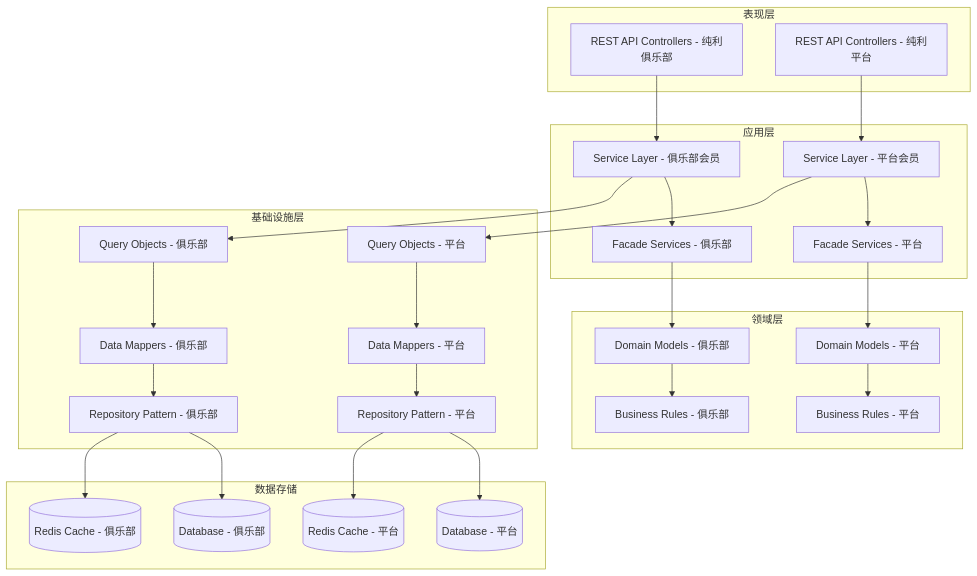
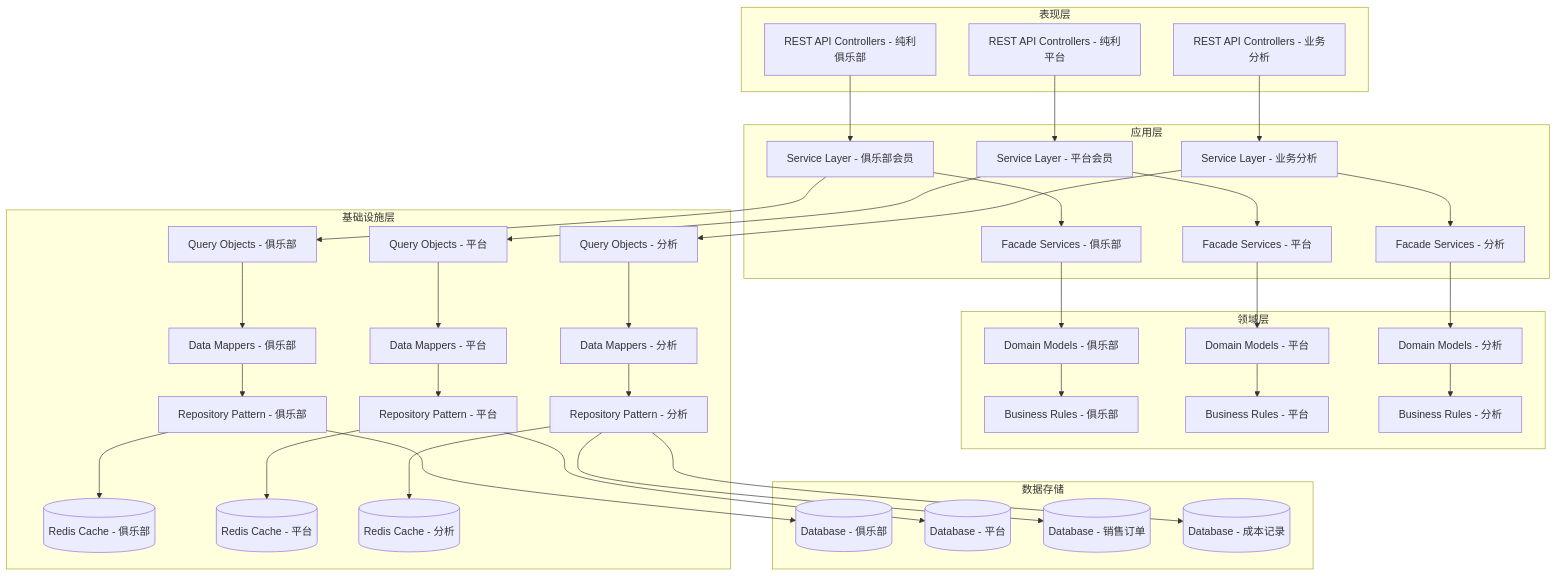
Before and after one commit to rc558620/purelyprofit-server: the second of 17 diagrams in .qoder/repowiki/zh/content/业务模块/会员管理模块/会员管理模块.md, drawn with Mermaid. The commit also changed other lines of this file and 16 other files, not shown here.

````diff
--- a/.qoder/repowiki/zh/content/业务模块/会员管理模块/会员管理模块.md
+++ b/.qoder/repowiki/zh/content/业务模块/会员管理模块/会员管理模块.md
@@ -202,51 +251,72 @@
 ```mermaid
 graph TB
 subgraph "表现层"
 API1[REST API Controllers - 纯利俱乐部]
 API2[REST API Controllers - 纯利平台]
+API3[REST API Controllers - 业务分析]
 end
 subgraph "应用层"
 SVC1[Service Layer - 俱乐部会员]
 SVC2[Service Layer - 平台会员]
+SVC3[Service Layer - 业务分析]
 FAC1[Facade Services - 俱乐部]
 FAC2[Facade Services - 平台]
+FAC3[Facade Services - 分析]
 end
 subgraph "领域层"
 DOMAIN1[Domain Models - 俱乐部]
 DOMAIN2[Domain Models - 平台]
+DOMAIN3[Domain Models - 分析]
 RULES1[Business Rules - 俱乐部]
 RULES2[Business Rules - 平台]
+RULES3[Business Rules - 分析]
 end
 subgraph "基础设施层"
 QUERY1[Query Objects - 俱乐部]
 QUERY2[Query Objects - 平台]
+QUERY3[Query Objects - 分析]
 MAPPER1[Data Mappers - 俱乐部]
 MAPPER2[Data Mappers - 平台]
+MAPPER3[Data Mappers - 分析]
 REPO1[Repository Pattern - 俱乐部]
 REPO2[Repository Pattern - 平台]
+REPO3[Repository Pattern - 分析]
+CACHE1[(Redis Cache - 俱乐部)]
+CACHE2[(Redis Cache - 平台)]
+CACHE3[(Redis Cache - 分析)]
 end
 subgraph "数据存储"
 DB1[(Database - 俱乐部)]
 DB2[(Database - 平台)]
-CACHE1[(Redis Cache - 俱乐部)]
-CACHE2[(Redis Cache - 平台)]
+DB3[(Database - 销售订单)]
+DB4[(Database - 成本记录)]
 end
 API1 --> SVC1
 API2 --> SVC2
+API3 --> SVC3
 SVC1 --> FAC1
 SVC2 --> FAC2
+SVC3 --> FAC3
 FAC1 --> DOMAIN1
 FAC2 --> DOMAIN2
+FAC3 --> DOMAIN3
 DOMAIN1 --> RULES1
 DOMAIN2 --> RULES2
+DOMAIN3 --> RULES3
 SVC1 --> QUERY1
 SVC2 --> QUERY2
+SVC3 --> QUERY3
 QUERY1 --> MAPPER1
 QUERY2 --> MAPPER2
+QUERY3 --> MAPPER3
 MAPPER1 --> REPO1
 MAPPER2 --> REPO2
+MAPPER3 --> REPO3
 REPO1 --> DB1
 REPO2 --> DB2
+REPO3 --> DB3
+REPO3 --> DB4
 REPO1 --> CACHE1
 REPO2 --> CACHE2
+REPO3 --> CACHE3
 ```
````
